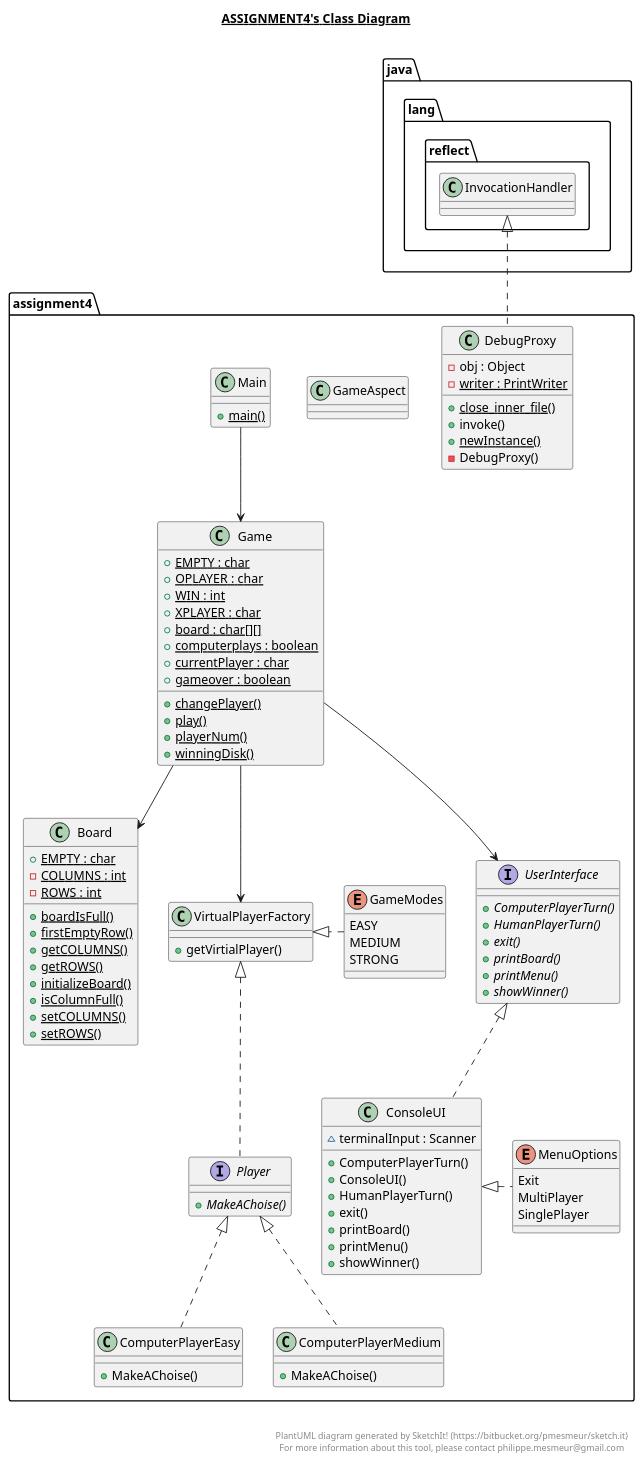
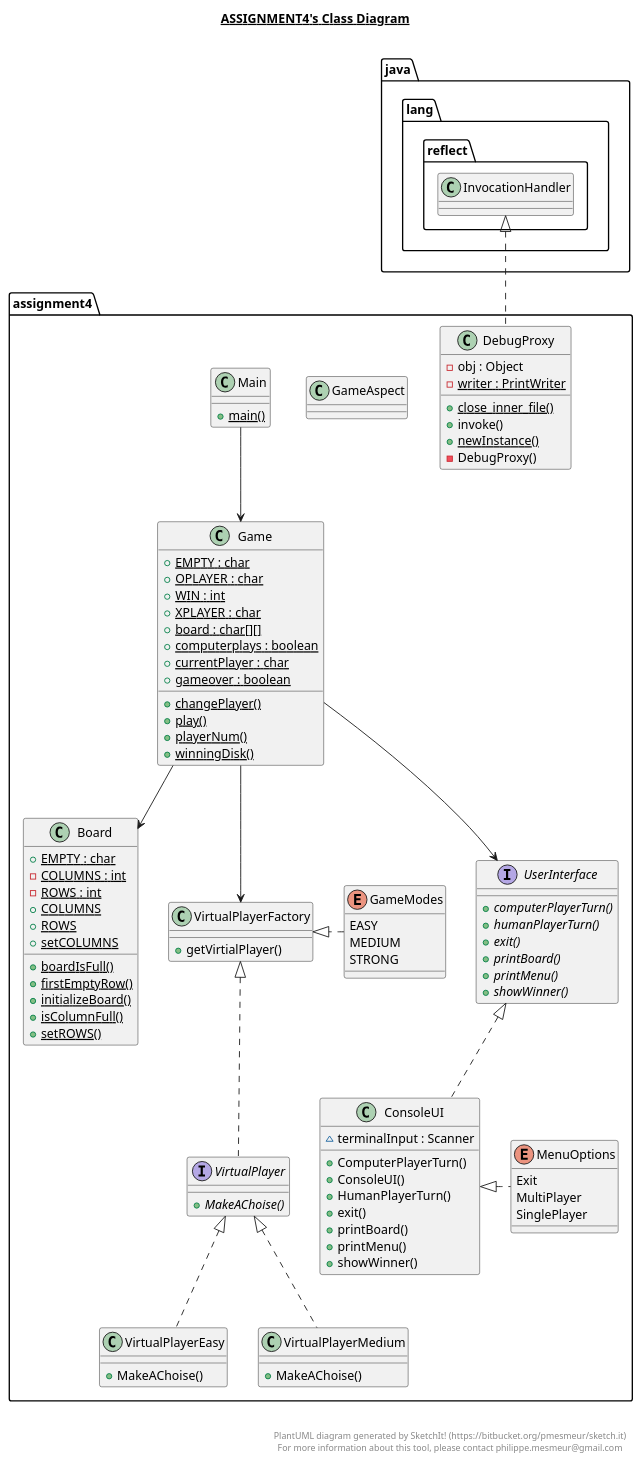
One commit to arpeled/FourInLine changed the diagram in out/production/Project/assignment4/assignment4.plantuml. Above: the diagram before and after it, drawn with PlantUML. The commit also changed 27 other files, not shown here.

```diff
--- a/out/production/Project/assignment4/assignment4.plantuml
+++ b/out/production/Project/assignment4/assignment4.plantuml
@@ -1,159 +1,159 @@
 @startuml
 
 title __ASSIGNMENT4's Class Diagram__\n
 
   namespace assignment4 {
     class assignment4.Board {
         {static} + EMPTY : char
         {static} - COLUMNS : int
         {static} - ROWS : int
         {static} + boardIsFull()
         {static} + firstEmptyRow()
-        {static} + getCOLUMNS()
-        {static} + getROWS()
+        {static} + COLUMNS
+        {static} + ROWS
         {static} + initializeBoard()
         {static} + isColumnFull()
-        {static} + setCOLUMNS()
+        {static} + setCOLUMNS
         {static} + setROWS()
     }
   }
   
 
   namespace assignment4 {
-    class assignment4.ComputerPlayerEasy {
+    class assignment4.VirtualPlayerEasy {
         + MakeAChoise()
     }
   }
   
 
   namespace assignment4 {
-    class assignment4.ComputerPlayerMedium {
+    class assignment4.VirtualPlayerMedium {
         + MakeAChoise()
     }
   }
   
 
   namespace assignment4 {
     class assignment4.ConsoleUI {
         ~ terminalInput : Scanner
         + ComputerPlayerTurn()
         + ConsoleUI()
         + HumanPlayerTurn()
         + exit()
         + printBoard()
         + printMenu()
         + showWinner()
     }
   }
   
 
   namespace assignment4 {
     class assignment4.DebugProxy {
         - obj : Object
         {static} - writer : PrintWriter
         {static} + close_inner_file()
         + invoke()
         {static} + newInstance()
         - DebugProxy()
     }
   }
   
 
   namespace assignment4 {
     class assignment4.Game {
         {static} + EMPTY : char
         {static} + OPLAYER : char
         {static} + WIN : int
         {static} + XPLAYER : char
         {static} + board : char[][]
         {static} + computerplays : boolean
         {static} + currentPlayer : char
         {static} + gameover : boolean
         {static} + changePlayer()
         {static} + play()
         {static} + playerNum()
         {static} + winningDisk()
     }
   }
   
 
   namespace assignment4 {
     class assignment4.GameAspect {
     }
   }
   
 
   namespace assignment4 {
     enum GameModes {
       EASY
       MEDIUM
       STRONG
     }
   }
   
 
   namespace assignment4 {
     class assignment4.Main {
         {static} + main()
     }
   }
   
 
   namespace assignment4 {
     enum MenuOptions {
       Exit
       MultiPlayer
       SinglePlayer
     }
   }
   
 
   namespace assignment4 {
-    interface assignment4.Player {
+    interface assignment4.VirtualPlayer {
         {abstract} + MakeAChoise()
     }
   }
   
 
   namespace assignment4 {
     interface assignment4.UserInterface {
-        {abstract} + ComputerPlayerTurn()
-        {abstract} + HumanPlayerTurn()
+        {abstract} + computerPlayerTurn()
+        {abstract} + humanPlayerTurn()
         {abstract} + exit()
         {abstract} + printBoard()
         {abstract} + printMenu()
         {abstract} + showWinner()
     }
   }
   
 
   namespace assignment4 {
     class assignment4.VirtualPlayerFactory {
         + getVirtialPlayer()
     }
   }
   
 
-  assignment4.ComputerPlayerEasy .up.|> assignment4.Player
-  assignment4.ComputerPlayerMedium .up.|> assignment4.Player
-  assignment4.Player .up.|> assignment4.VirtualPlayerFactory
+  assignment4.VirtualPlayerEasy .up.|> assignment4.VirtualPlayer
+  assignment4.VirtualPlayerMedium .up.|> assignment4.VirtualPlayer
+  assignment4.VirtualPlayer .up.|> assignment4.VirtualPlayerFactory
   assignment4.ConsoleUI .up.|> assignment4.UserInterface
   assignment4.DebugProxy .up.|> java.lang.reflect.InvocationHandler
   assignment4.MenuOptions .left.|> assignment4.ConsoleUI
   assignment4.GameModes .right.|> assignment4.VirtualPlayerFactory
 
   assignment4.Main --> assignment4.Game
   assignment4.Game --> assignment4.UserInterface
   assignment4.Game --> assignment4.Board
   assignment4.Game --> assignment4.VirtualPlayerFactory
 
 
 
 right footer
 
 
 PlantUML diagram generated by SketchIt! (https://bitbucket.org/pmesmeur/sketch.it)
 For more information about this tool, please contact philippe.mesmeur@gmail.com
 endfooter
 
 @enduml
```
